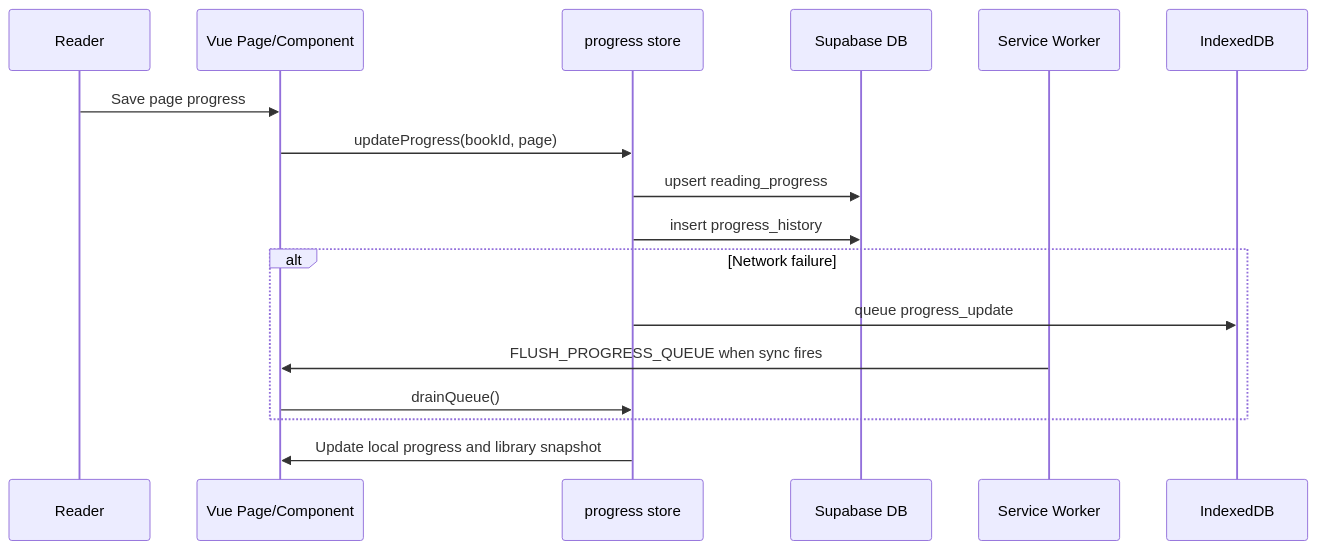
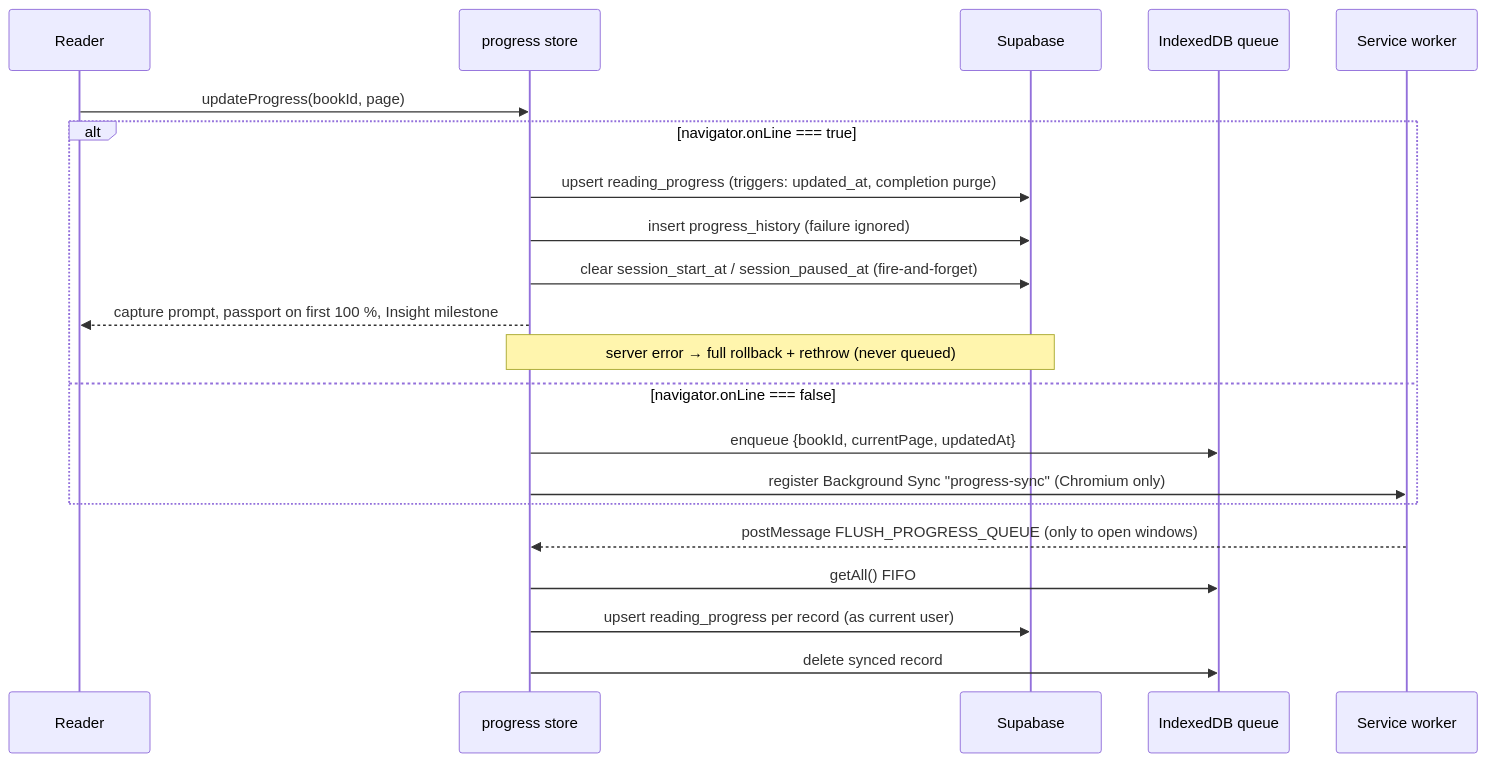
The second of 5 diagrams in docs/wiki/Architecture.md (RicardoBernardo870/The-Chronicler), drawn with Mermaid before and after one commit. The commit also changed other lines of this file and 43 other files, not shown here.

````diff
--- a/docs/wiki/Architecture.md
+++ b/docs/wiki/Architecture.md
@@ -41,20 +266,23 @@
 ```mermaid
 sequenceDiagram
   participant U as Reader
-  participant UI as Vue Page/Component
-  participant Store as progress store
-  participant DB as Supabase DB
-  participant SW as Service Worker
-  participant IDB as IndexedDB
-
-  U->>UI: Save page progress
-  UI->>Store: updateProgress(bookId, page)
-  Store->>DB: upsert reading_progress
-  Store->>DB: insert progress_history
-  alt Network failure
-    Store->>IDB: queue progress_update
-    SW->>UI: FLUSH_PROGRESS_QUEUE when sync fires
-    UI->>Store: drainQueue()
+  participant P as progress store
+  participant DB as Supabase
+  participant Q as IndexedDB queue
+  participant SW as Service worker
+  U->>P: updateProgress(bookId, page)
+  alt navigator.onLine === true
+    P->>DB: upsert reading_progress (triggers: updated_at, completion purge)
+    P->>DB: insert progress_history (failure ignored)
+    P->>DB: clear session_start_at / session_paused_at (fire-and-forget)
+    P-->>U: capture prompt, passport on first 100 %, Insight milestone
+    Note over P,DB: server error → full rollback + rethrow (never queued)
+  else navigator.onLine === false
+    P->>Q: enqueue {bookId, currentPage, updatedAt}
+    P->>SW: register Background Sync "progress-sync" (Chromium only)
   end
-  Store->>UI: Update local progress and library snapshot
+  SW-->>P: postMessage FLUSH_PROGRESS_QUEUE (only to open windows)
+  P->>Q: getAll() FIFO
+  P->>DB: upsert reading_progress per record (as current user)
+  P->>Q: delete synced record
 ```
````
